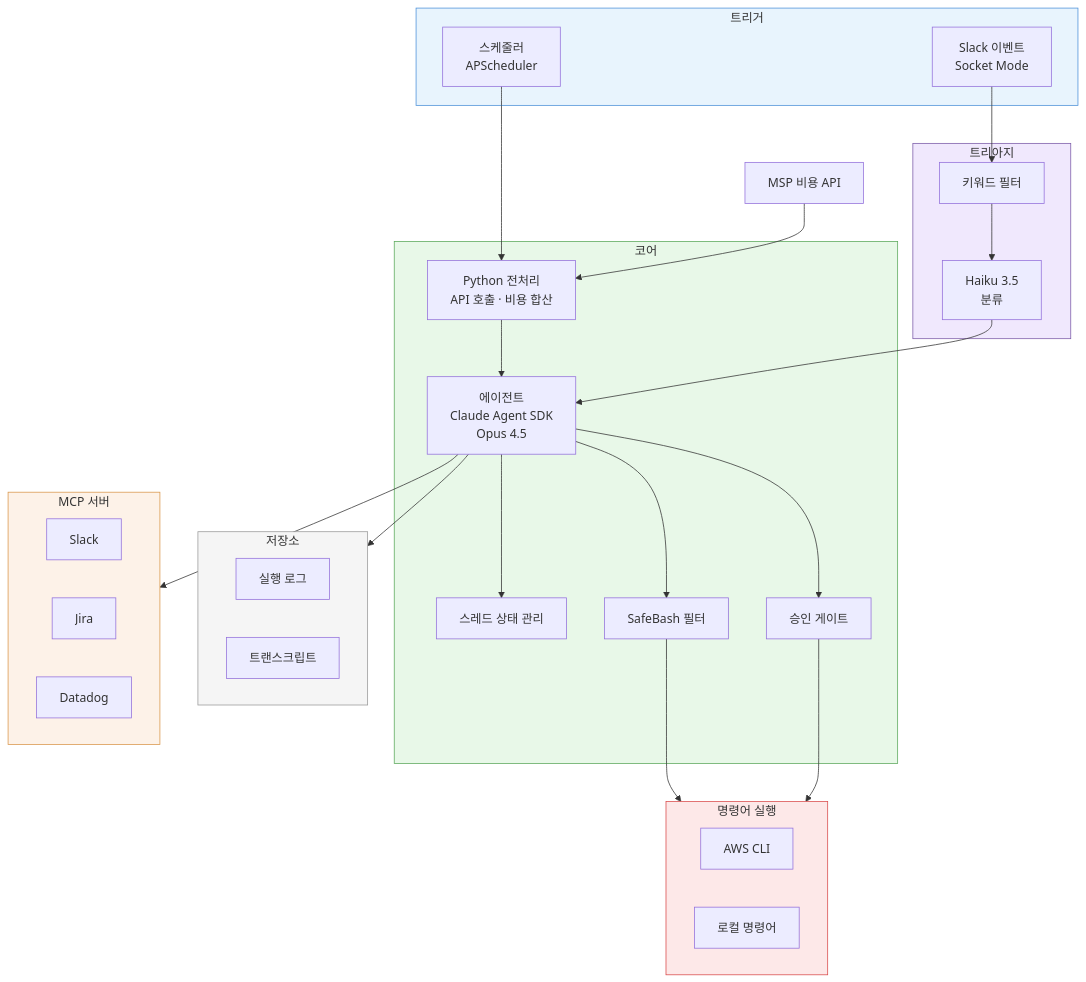
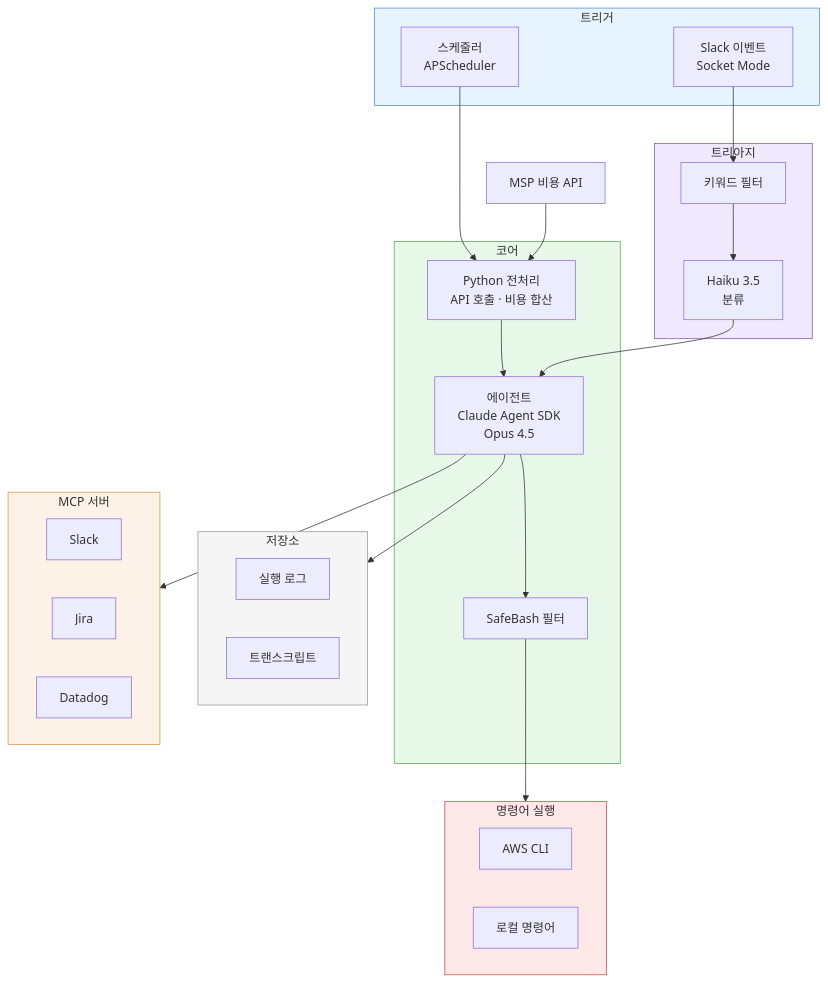
Before and after one commit to kimduksoo/duksoo-tech-blog: the first of 3 diagrams in content/ai/ai-infra-automation.md, drawn with Mermaid. The commit also changed other lines of this file, not shown here.

Commit message:
스레드 상태 관리/승인 게이트 별도 섹션으로 분리 및 다이어그램 추가

````diff
--- a/content/ai/ai-infra-automation.md
+++ b/content/ai/ai-infra-automation.md
@@ -26,52 +26,48 @@
 ```mermaid
 flowchart TB
     subgraph 트리거
         Cron[스케줄러<br/>APScheduler]
         Event[Slack 이벤트<br/>Socket Mode]
     end
 
     subgraph 트리아지
         KW[키워드 필터]
         Haiku[Haiku 3.5<br/>분류]
     end
 
     subgraph 코어
         Pre[Python 전처리<br/>API 호출 · 비용 합산]
-        ThreadState[스레드 상태 관리]
         Agent[에이전트<br/>Claude Agent SDK<br/>Opus 4.5]
         Safe[SafeBash 필터]
-        Approval[승인 게이트]
     end
 
     subgraph 저장소
         Log[실행 로그]
         Transcript[트랜스크립트]
     end
 
     subgraph MCP[MCP 서버]
         S[Slack]
         J[Jira]
         D[Datadog]
     end
 
     subgraph CLI[명령어 실행]
         AWS[AWS CLI]
         Local[로컬 명령어]
     end
 
     Cron --> Pre --> Agent
     Event --> KW --> Haiku --> Agent
     MSP[MSP 비용 API] --> Pre
     Agent --> Safe --> CLI
-    Agent --> Approval --> CLI
     Agent --> MCP
-    Agent --> ThreadState
     Agent --> 저장소
 
     style 트리거 fill:#e8f4fd,stroke:#4a90d9
     style 트리아지 fill:#f0e8fd,stroke:#7b5ba8
     style 코어 fill:#e8f8e8,stroke:#5ba85b
     style MCP fill:#fdf2e8,stroke:#d9964a
     style CLI fill:#fde8e8,stroke:#d94a4a
     style 저장소 fill:#f5f5f5,stroke:#999999
 ```
````
